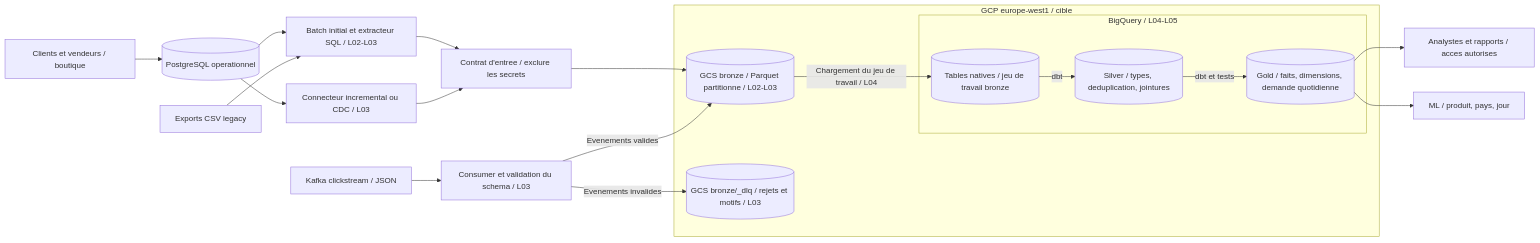
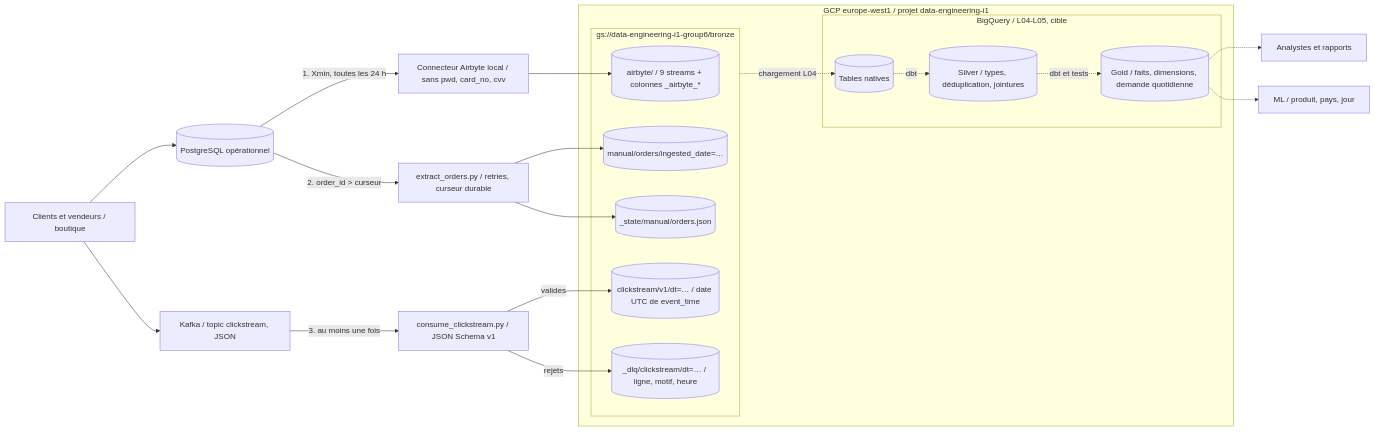
Before and after one commit to antotototototo18/albert-marketplace-data-platform: the diagram in docs/architecture.md, drawn with Mermaid. The commit also changed other lines of this file and 14 other files, not shown here.

````diff
--- a/docs/architecture.md
+++ b/docs/architecture.md
@@ -26,29 +25,35 @@
 ```mermaid
 flowchart LR
-  shop["Clients et vendeurs / boutique"] --> pg[("PostgreSQL operationnel")]
-  pg --> extract["Batch initial et extracteur SQL / L02-L03"]
-  pg --> connector["Connecteur incremental ou CDC / L03"]
-  exports["Exports CSV legacy"] --> extract
-  kafka["Kafka clickstream / JSON"] --> consumer["Consumer et validation du schema / L03"]
-  extract --> contract["Contrat d'entree / exclure les secrets"]
-  connector --> contract
+  shop["Clients et vendeurs / boutique"] --> pg[("PostgreSQL opérationnel")]
+  shop --> kafka["Kafka / topic clickstream, JSON"]
 
-  subgraph gcp["GCP europe-west1 / cible"]
-    bronze[("GCS bronze / Parquet partitionne / L02-L03")]
-    dlq[("GCS bronze/_dlq / rejets et motifs / L03")]
-    subgraph bq["BigQuery / L04-L05"]
-      loaded[("Tables natives / jeu de travail bronze")]
-      silver[("Silver / types, deduplication, jointures")]
+  pg -->|"1. Xmin, toutes les 24 h"| airbyte["Connecteur Airbyte local / sans pwd, card_no, cvv"]
+  pg -->|"2. order_id > curseur"| extract["extract_orders.py / retries, curseur durable"]
+  kafka -->|"3. au moins une fois"| consumer["consume_clickstream.py / JSON Schema v1"]
+
+  subgraph gcp["GCP europe-west1 / projet data-engineering-i1"]
+    subgraph bronze["gs://data-engineering-i1-group6/bronze"]
+      b_airbyte[("airbyte/ / 9 streams + colonnes _airbyte_*")]
+      b_manual[("manual/orders/ingested_date=…")]
+      b_click[("clickstream/v1/dt=… / date UTC de event_time")]
+      dlq[("_dlq/clickstream/dt=… / ligne, motif, heure")]
+      state[("_state/manual/orders.json")]
+    end
+    subgraph bq["BigQuery / L04-L05, cible"]
+      loaded[("Tables natives")]
+      silver[("Silver / types, déduplication, jointures")]
       gold[("Gold / faits, dimensions, demande quotidienne")]
-      loaded -->|"dbt"| silver
-      silver -->|"dbt et tests"| gold
+      loaded -.->|"dbt"| silver
+      silver -.->|"dbt et tests"| gold
     end
-    bronze -->|"Chargement du jeu de travail / L04"| loaded
   end
 
-  contract --> bronze
-  consumer -->|"Evenements valides"| bronze
-  consumer -->|"Evenements invalides"| dlq
-  gold --> bi["Analystes et rapports / acces autorises"]
-  gold --> ml["ML / produit, pays, jour"]
+  airbyte --> b_airbyte
+  extract --> b_manual
+  extract --> state
+  consumer -->|"valides"| b_click
+  consumer -->|"rejets"| dlq
+  bronze -.->|"chargement L04"| loaded
+  gold -.-> bi["Analystes et rapports"]
+  gold -.-> ml["ML / produit, pays, jour"]
 ```
````
